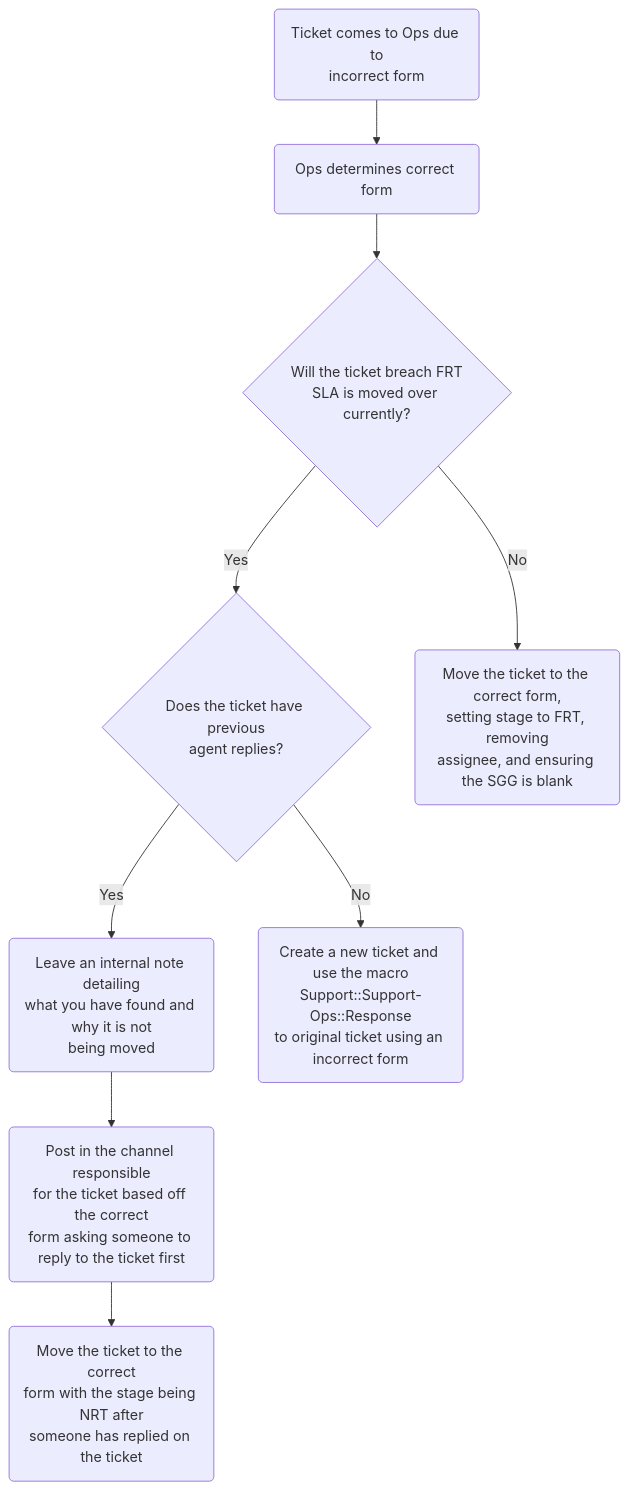
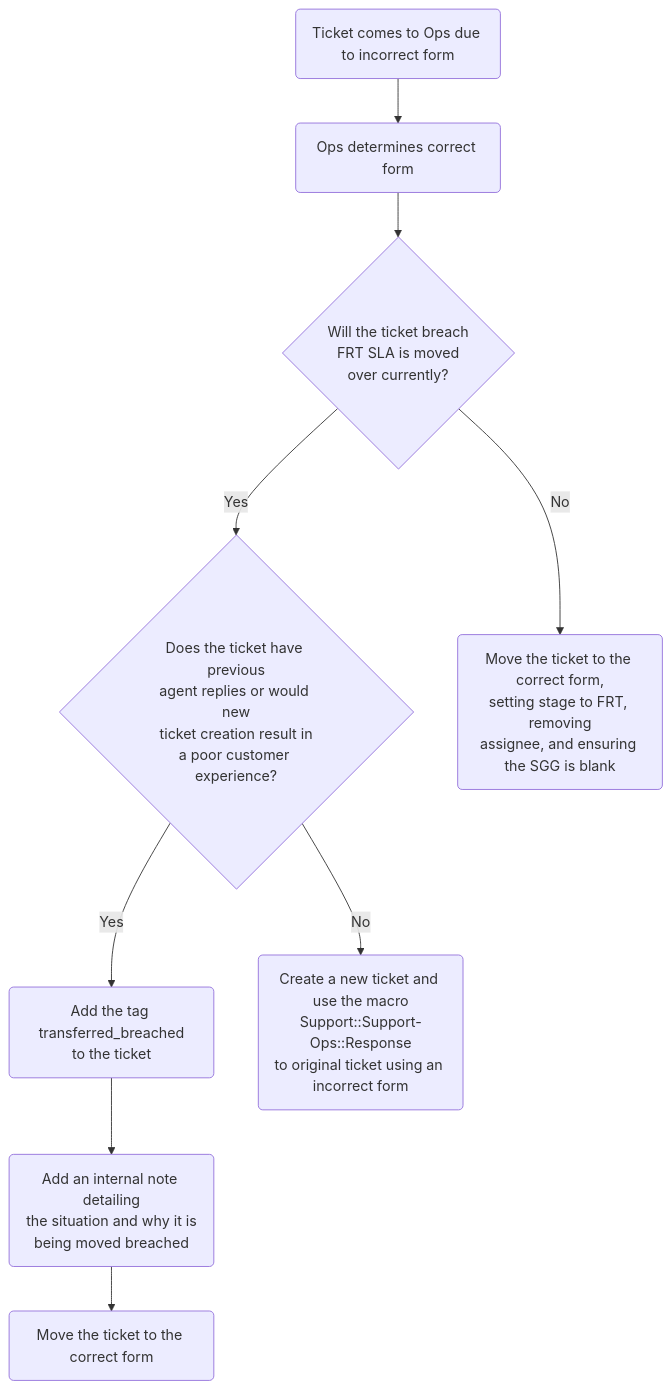
The diagram in content/handbook/support/readiness/operations/docs/policies/working_tickets.md (secretstartups/handbook), drawn with Mermaid before and after one commit. The commit also changed other lines of this file and 16 other files, not shown here.

````diff
--- a/content/handbook/support/readiness/operations/docs/policies/working_tickets.md
+++ b/content/handbook/support/readiness/operations/docs/policies/working_tickets.md
@@ -165,20 +165,20 @@
 ```mermaid
 graph TD;
   A-->B;
   B-->C;
   C-->|Yes| D;
   C-->|No| I;
   D-->|Yes| E;
   D-->|No| H;
   E-->F;
   F-->G;
-  A(Ticket comes to Ops due to<br>incorrect form)
+  A(Ticket comes to Ops due to incorrect form)
   B(Ops determines correct form)
-  C{Will the ticket breach FRT<br>SLA is moved over currently?}
-  D{Does the ticket have previous<br>agent replies?}
-  E(Leave an internal note detailing<br>what you have found and why it is not<br>being moved)
-  F(Post in the channel responsible<br>for the ticket based off the correct<br>form asking someone to reply to the ticket first)
-  G(Move the ticket to the correct<br>form with the stage being NRT after<br>someone has replied on the ticket)
+  C{Will the ticket breach<br>FRT SLA is moved<br>over currently?}
+  D{Does the ticket have previous<br>agent replies or would new<br>ticket creation result in<br>a poor customer experience?}
+  E(Add the tag transferred_breached<br>to the ticket)
+  F(Add an internal note detailing<br>the situation and why it is<br>being moved breached)
+  G(Move the ticket to the correct form)
   H(Create a new ticket and use the macro<br>Support::Support-Ops::Response<br>to original ticket using an incorrect form)
   I(Move the ticket to the correct form,<br>setting stage to FRT, removing<br>assignee, and ensuring the SGG is blank)
 ```
````
